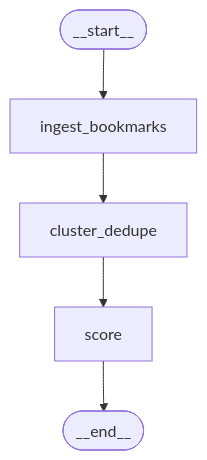
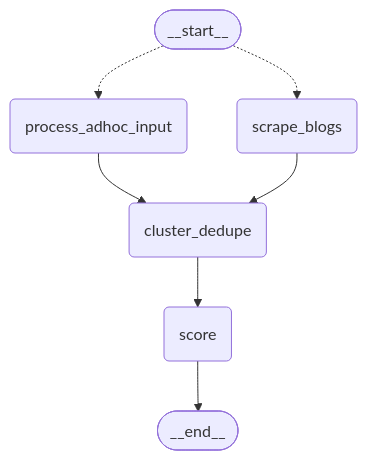
The second of 4 diagrams in docs/WORKFLOW.md (phoenix686/weekly-intel-agent), drawn with Mermaid before and after one commit. The commit also changed other lines of this file and 2 other files, not shown here.

````diff
--- a/docs/WORKFLOW.md
+++ b/docs/WORKFLOW.md
@@ -329,7 +338,15 @@
 ```mermaid
 graph TD
-    START(["__start__"]) --> ingest_bookmarks
-    ingest_bookmarks --> cluster_dedupe
+    __start__([__start__]):::first
+    cluster_dedupe(cluster_dedupe)
+    score(score)
+    scrape_blogs(scrape_blogs)
+    process_adhoc_input(process_adhoc_input)
+    __end__([__end__]):::last
+    __start__ -.-> process_adhoc_input
+    __start__ -.-> scrape_blogs
     cluster_dedupe --> score
-    score --> END(["__end__"])
+    process_adhoc_input --> cluster_dedupe
+    scrape_blogs --> cluster_dedupe
+    score --> __end__
 ```
````
